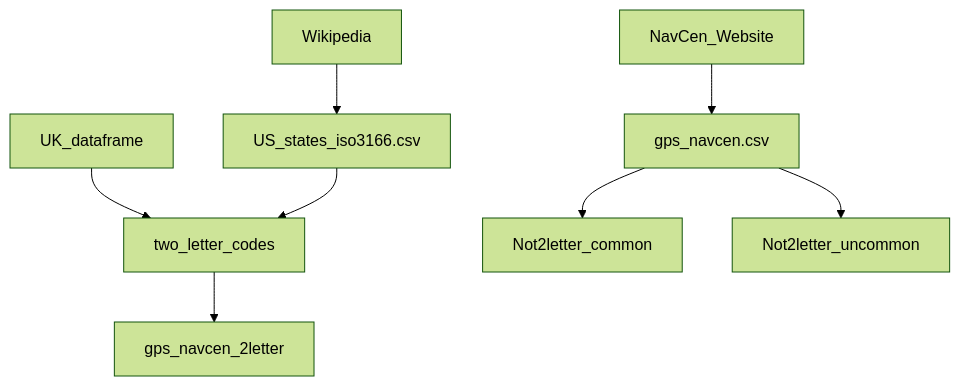
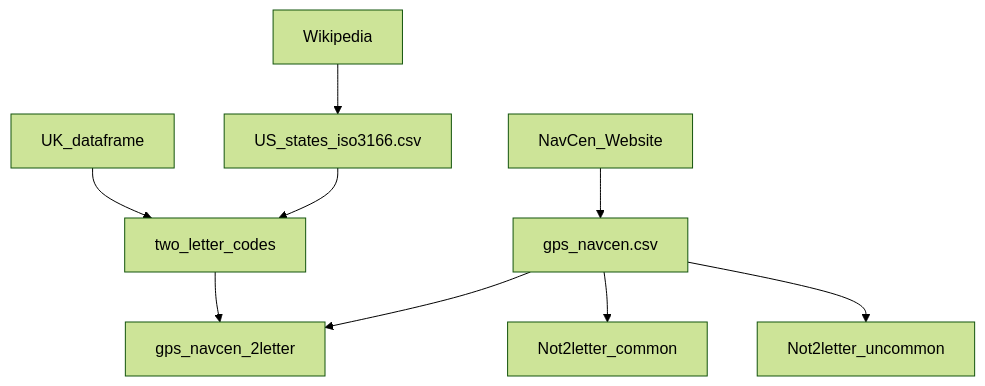
The diagram in README.md (stelios-c/GPS_analysis), drawn with Mermaid (forest theme) before and after one commit.

````diff
--- a/README.md
+++ b/README.md
@@ -6,10 +6,11 @@
 ```mermaid
 graph TD;
     NavCen_Website-->gps_navcen.csv;
     Wikipedia--> US_states_iso3166.csv;
     UK_dataframe--> two_letter_codes;
     US_states_iso3166.csv--> two_letter_codes;
     two_letter_codes-->gps_navcen_2letter;
+    gps_navcen.csv-->gps_navcen_2letter;
     gps_navcen.csv-->Not2letter_common;
     gps_navcen.csv-->Not2letter_uncommon;
  ```
````
